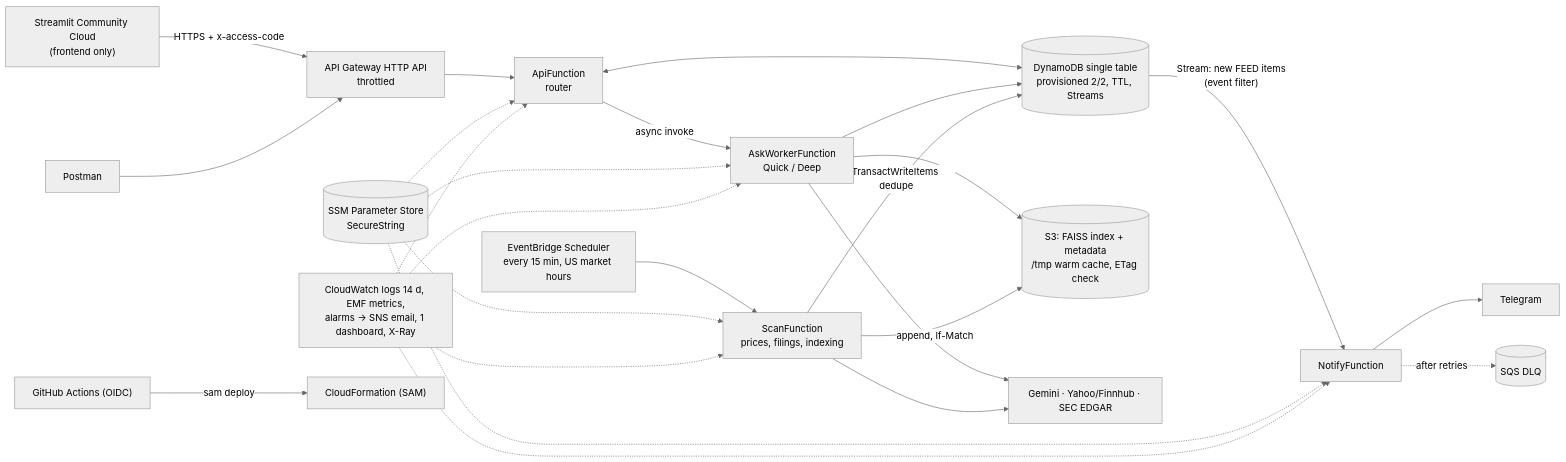
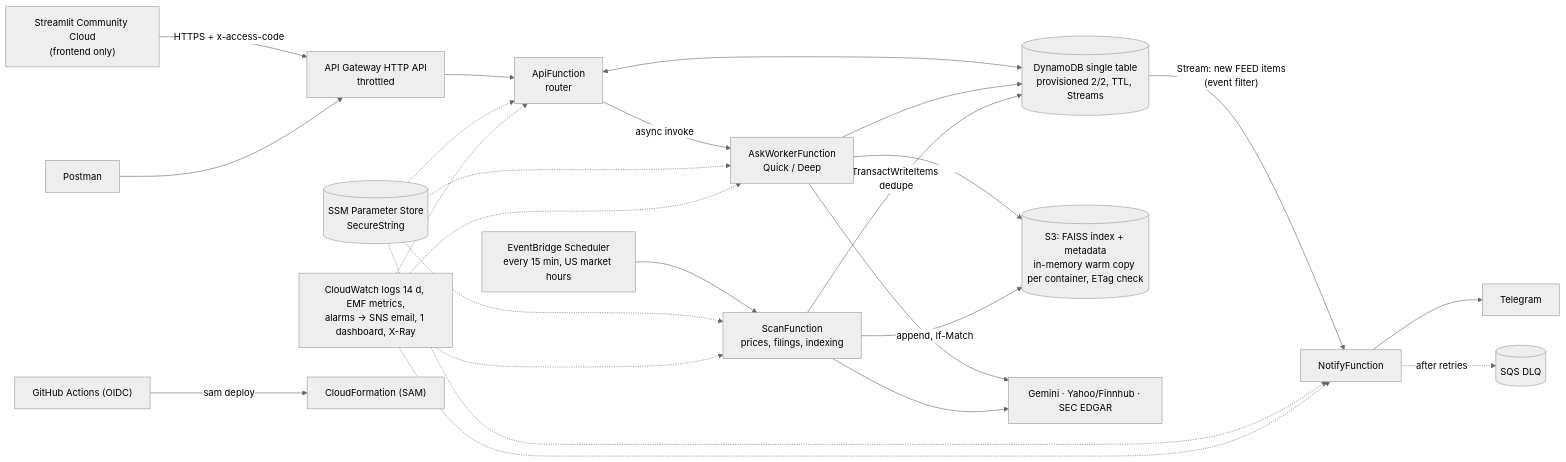
One commit to shail-712/research-desk changed the diagram in docs/SPEC.md. Above: the diagram before and after it, drawn with Mermaid (neutral theme). The commit also changed other lines of this file and 7 other files, not shown here.

First line of the commit message:
fix: review A NITs - S3 head_object errors, warm-copy wording, customer-letter regex, follow-up agents in trace

````diff
--- a/docs/SPEC.md
+++ b/docs/SPEC.md
@@ -52,19 +52,19 @@
 ```mermaid
 flowchart LR
     UI["Streamlit Community Cloud<br/>(frontend only)"] -->|"HTTPS + x-access-code"| APIGW["API Gateway HTTP API<br/>throttled"]
     PM["Postman"] --> APIGW
     APIGW --> API["ApiFunction<br/>router"]
     API -->|"async invoke"| ASK["AskWorkerFunction<br/>Quick / Deep"]
     API <--> DDB[("DynamoDB single table<br/>provisioned 2/2, TTL, Streams")]
     ASK --> DDB
-    ASK --> S3[("S3: FAISS index + metadata<br/>/tmp warm cache, ETag check")]
+    ASK --> S3[("S3: FAISS index + metadata<br/>in-memory warm copy per container, ETag check")]
     EB["EventBridge Scheduler<br/>every 15 min, US market hours"] --> SCAN["ScanFunction<br/>prices, filings, indexing"]
     SCAN -->|"TransactWriteItems dedupe"| DDB
     SCAN -->|"append, If-Match"| S3
     DDB -->|"Stream: new FEED items<br/>(event filter)"| NOTIFY["NotifyFunction"] --> TG["Telegram"]
     NOTIFY -.->|"after retries"| DLQ[("SQS DLQ")]
     SSM[("SSM Parameter Store<br/>SecureString")] -.-> API & ASK & SCAN & NOTIFY
     CW["CloudWatch logs 14 d, EMF metrics,<br/>alarms → SNS email, 1 dashboard, X-Ray"] -.-> API & ASK & SCAN & NOTIFY
     GH["GitHub Actions (OIDC)"] -->|"sam deploy"| CFN["CloudFormation (SAM)"]
     ASK & SCAN --> EXT["Gemini · Yahoo/Finnhub · SEC EDGAR"]
 ```
````
